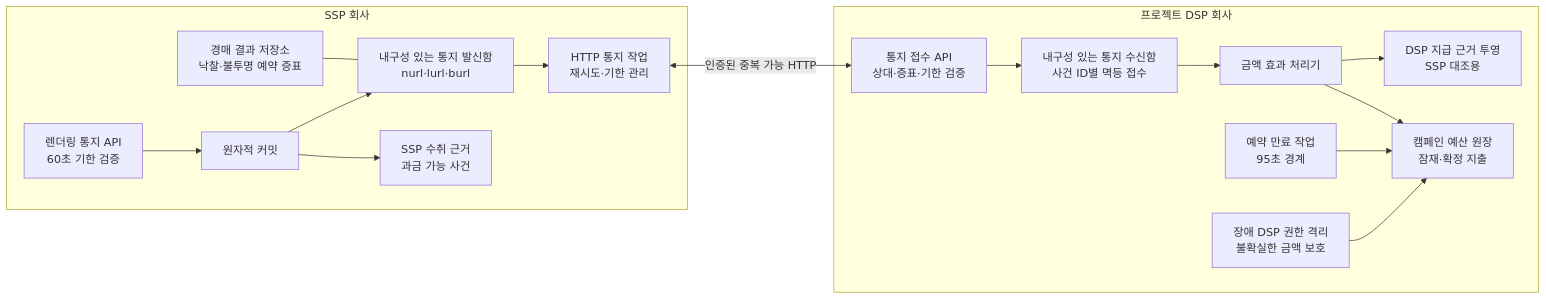
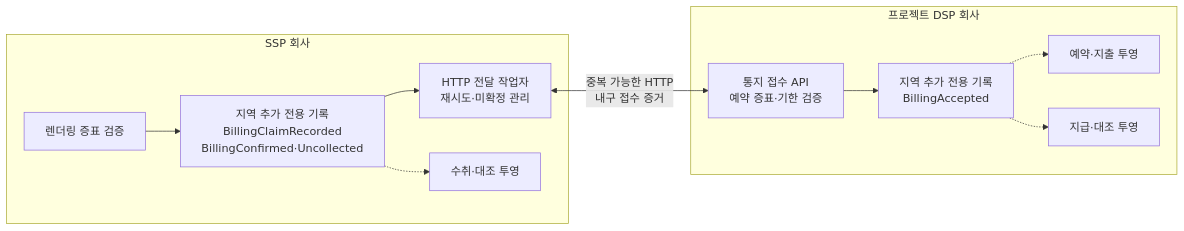
Before and after one commit to bbororo5/low-latency-openrtb-auction: the first of 3 diagrams in docs/architecture/decisions/ADR-005-durable-budget-events.md, drawn with Mermaid. The commit also changed other lines of this file and 19 other files, not shown here.

````diff
--- a/docs/architecture/decisions/ADR-005-durable-budget-events.md
+++ b/docs/architecture/decisions/ADR-005-durable-budget-events.md
@@ -25,33 +21,24 @@
 ```mermaid
 flowchart LR
     subgraph SSP["SSP 회사"]
-        AUCTION["경매 결과 저장소<br/>낙찰·불투명 예약 증표"]
-        RENDER["렌더링 통지 API<br/>60초 기한 검증"]
-        OUTBOX["내구성 있는 통지 발신함<br/>nurl·lurl·burl"]
-        RECEIVABLE["SSP 수취 근거<br/>과금 가능 사건"]
-        SENDER["HTTP 통지 작업<br/>재시도·기한 관리"]
-        AUCTION --- OUTBOX
-        RENDER --> TX["원자적 커밋"]
-        TX --> RECEIVABLE
-        TX --> OUTBOX
-        OUTBOX --> SENDER
+        RENDER["렌더링 증표 검증"]
+        SJ["지역 추가 전용 기록<br/>BillingClaimRecorded<br/>BillingConfirmed·Uncollected"]
+        SENDER["HTTP 전달 작업자<br/>재시도·미확정 관리"]
+        SVIEW["수취·대조 투영"]
+        RENDER --> SJ
+        SJ --> SENDER
+        SJ -.-> SVIEW
     end
 
-    subgraph PDSP["프로젝트 DSP 회사"]
-        API["통지 접수 API<br/>상대·증표·기한 검증"]
-        INBOX["내구성 있는 통지 수신함<br/>사건 ID별 멱등 접수"]
-        APPLY["금액 효과 처리기"]
-        LEDGER["캠페인 예산 원장<br/>잠재·확정 지출"]
-        PAYABLE["DSP 지급 근거 투영<br/>SSP 대조용"]
-        EXPIRY["예약 만료 작업<br/>95초 경계"]
-        QUARANTINE["장애 DSP 권한 격리<br/>불확실한 금액 보호"]
-        API --> INBOX
-        INBOX --> APPLY
-        APPLY --> LEDGER
-        APPLY --> PAYABLE
-        EXPIRY --> LEDGER
-        QUARANTINE --> LEDGER
+    subgraph DSP["프로젝트 DSP 회사"]
+        API["통지 접수 API<br/>예약 증표·기한 검증"]
+        DJ["지역 추가 전용 기록<br/>BillingAccepted"]
+        APPLY["예약·지출 투영"]
+        DVIEW["지급·대조 투영"]
+        API --> DJ
+        DJ -.-> APPLY
+        DJ -.-> DVIEW
     end
 
-    SENDER <-->|"인증된 중복 가능 HTTP"| API
+    SENDER <-->|"중복 가능한 HTTP<br/>내구 접수 증거"| API
 ```
````
